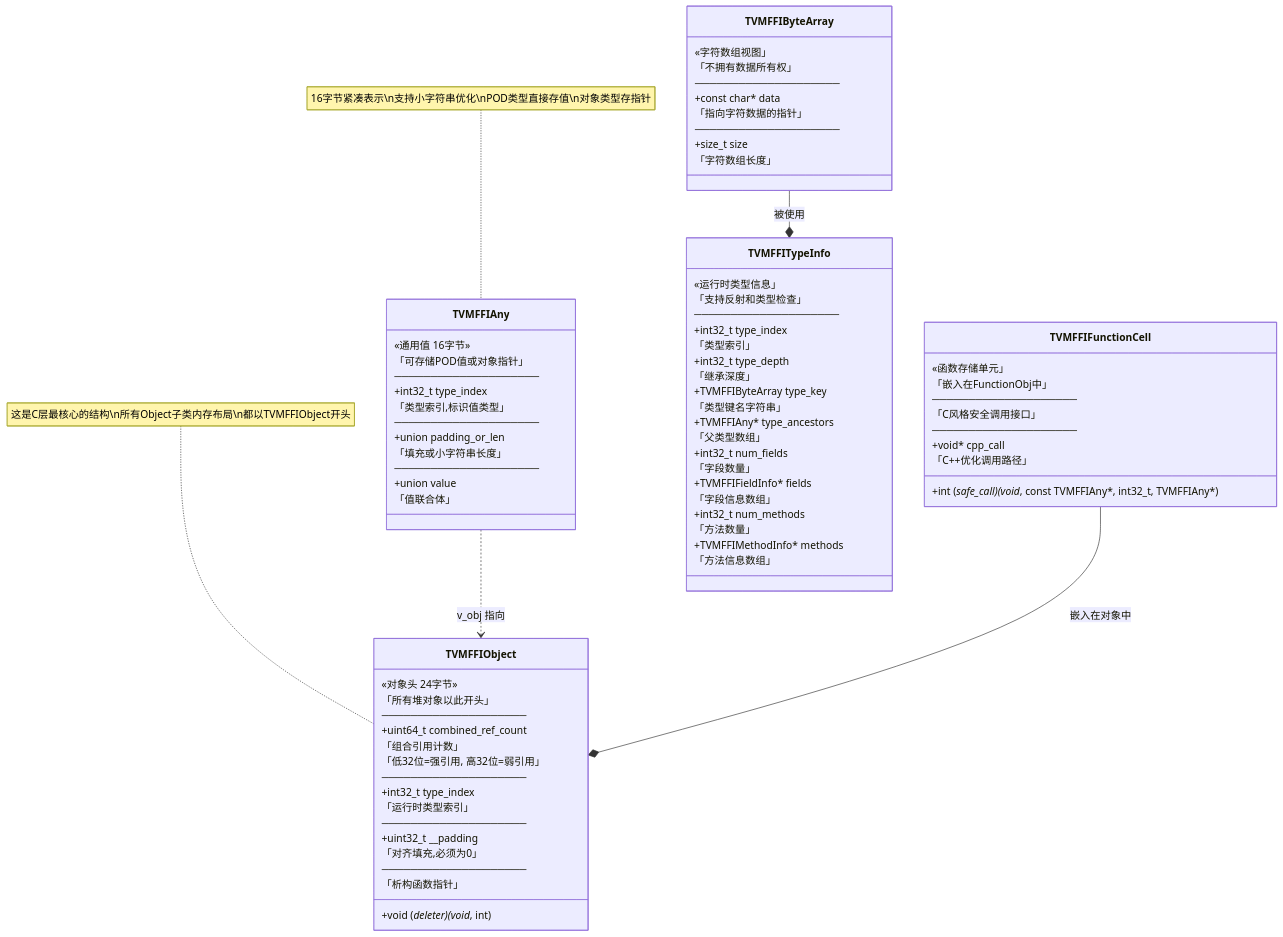
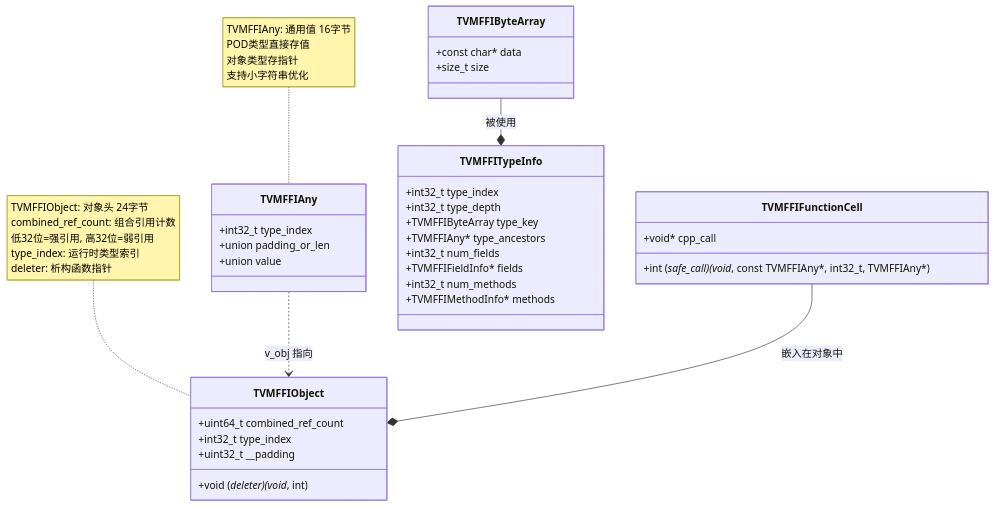
The first of 9 diagrams in _posts/2026-03-21-tvm-ffi-uml.md (08mamba24/08mamba24.github.io), drawn with Mermaid before and after one commit. The commit also changed other lines of this file, not shown here.

````diff
--- a/_posts/2026-03-21-tvm-ffi-uml.md
+++ b/_posts/2026-03-21-tvm-ffi-uml.md
@@ -32,102 +31,44 @@
 classDiagram
     direction TB
     
-    %% ═══════════════════════════════════════════════════════════
-    %% 对象头 - 所有堆分配对象的起始部分
-    %% ═══════════════════════════════════════════════════════════
     class TVMFFIObject {
-        «对象头 24字节»
-        「所有堆对象以此开头」
-        ────────────────────
         +uint64_t combined_ref_count
-        「组合引用计数」
-        「低32位=强引用, 高32位=弱引用」
-        ────────────────────
         +int32_t type_index
-        「运行时类型索引」
-        ────────────────────
         +uint32_t __padding
-        「对齐填充,必须为0」
-        ────────────────────
         +void (*deleter)(void*, int)
-        「析构函数指针」
     }
     
-    %% ═══════════════════════════════════════════════════════════
-    %% 通用值类型 - 16字节紧凑表示
-    %% ═══════════════════════════════════════════════════════════
     class TVMFFIAny {
-        «通用值 16字节»
-        「可存储POD值或对象指针」
-        ────────────────────
         +int32_t type_index
-        「类型索引,标识值类型」
-        ────────────────────
         +union padding_or_len
-        「填充或小字符串长度」
-        ────────────────────
         +union value
-        「值联合体」
     }
     
-    %% ═══════════════════════════════════════════════════════════
-    %% 字节数组 - 字符串/字节的基础结构
-    %% ═══════════════════════════════════════════════════════════
     class TVMFFIByteArray {
-        «字符数组视图」
-        「不拥有数据所有权」
-        ────────────────────
         +const char* data
-        「指向字符数据的指针」
-        ────────────────────
         +size_t size
-        「字符数组长度」
     }
     
-    %% ═══════════════════════════════════════════════════════════
-    %% 函数单元 - 函数对象的存储结构
-    %% ═══════════════════════════════════════════════════════════
     class TVMFFIFunctionCell {
-        «函数存储单元」
-        「嵌入在FunctionObj中」
-        ────────────────────
         +int (*safe_call)(void*, const TVMFFIAny*, int32_t, TVMFFIAny*)
-        「C风格安全调用接口」
-        ────────────────────
         +void* cpp_call
-        「C++优化调用路径」
     }
     
-    %% ═══════════════════════════════════════════════════════════
-    %% 类型信息 - 运行时反射系统
-    %% ═══════════════════════════════════════════════════════════
     class TVMFFITypeInfo {
-        «运行时类型信息」
-        「支持反射和类型检查」
-        ────────────────────
         +int32_t type_index
-        「类型索引」
         +int32_t type_depth
-        「继承深度」
         +TVMFFIByteArray type_key
-        「类型键名字符串」
         +TVMFFIAny* type_ancestors
-        「父类型数组」
         +int32_t num_fields
-        「字段数量」
         +TVMFFIFieldInfo* fields
-        「字段信息数组」
         +int32_t num_methods
-        「方法数量」
         +TVMFFIMethodInfo* methods
-        「方法信息数组」
     }
     
-    %% 关系说明
     TVMFFIAny ..> TVMFFIObject : v_obj 指向
     TVMFFIFunctionCell --* TVMFFIObject : 嵌入在对象中
     TVMFFIByteArray --* TVMFFITypeInfo : 被使用
     
-    note for TVMFFIObject "这是C层最核心的结构\n所有Object子类内存布局\n都以TVMFFIObject开头"
-    note for TVMFFIAny "16字节紧凑表示\n支持小字符串优化\nPOD类型直接存值\n对象类型存指针"
+    note for TVMFFIObject "TVMFFIObject: 对象头 24字节<br/>combined_ref_count: 组合引用计数<br/>低32位=强引用, 高32位=弱引用<br/>type_index: 运行时类型索引<br/>deleter: 析构函数指针"
+    note for TVMFFIAny "TVMFFIAny: 通用值 16字节<br/>POD类型直接存值<br/>对象类型存指针<br/>支持小字符串优化"
 ```
````
